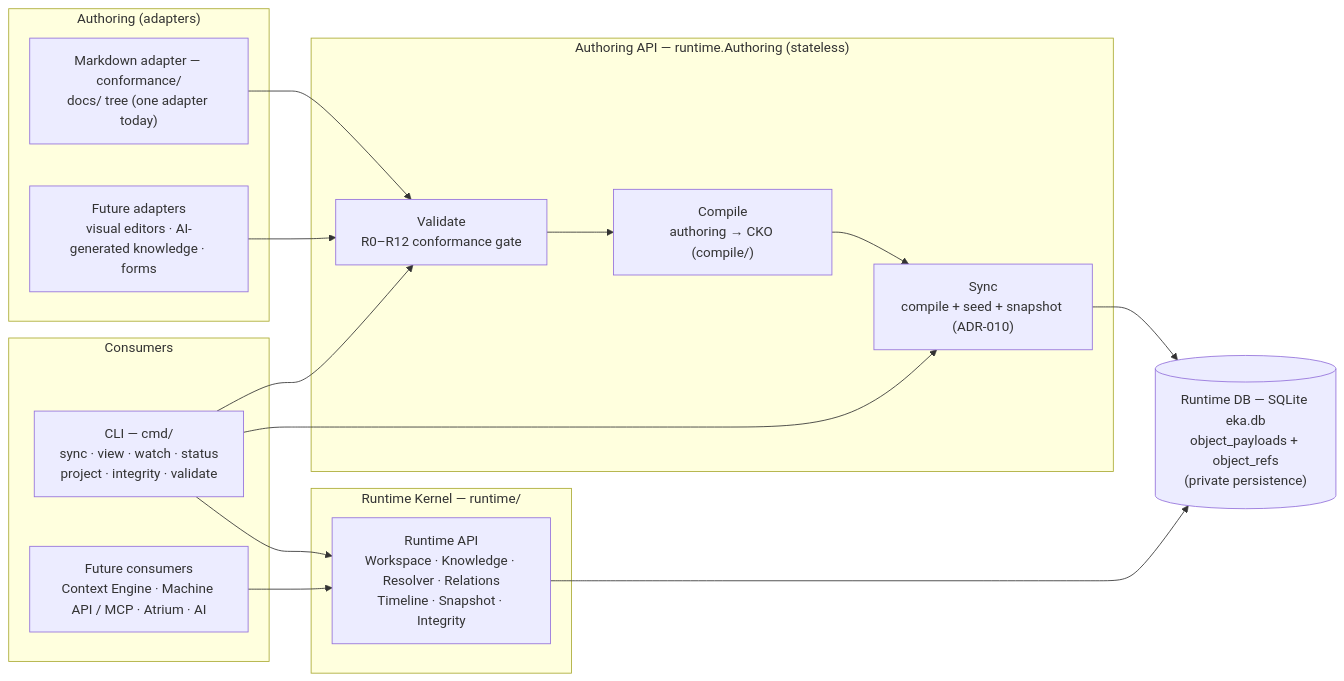
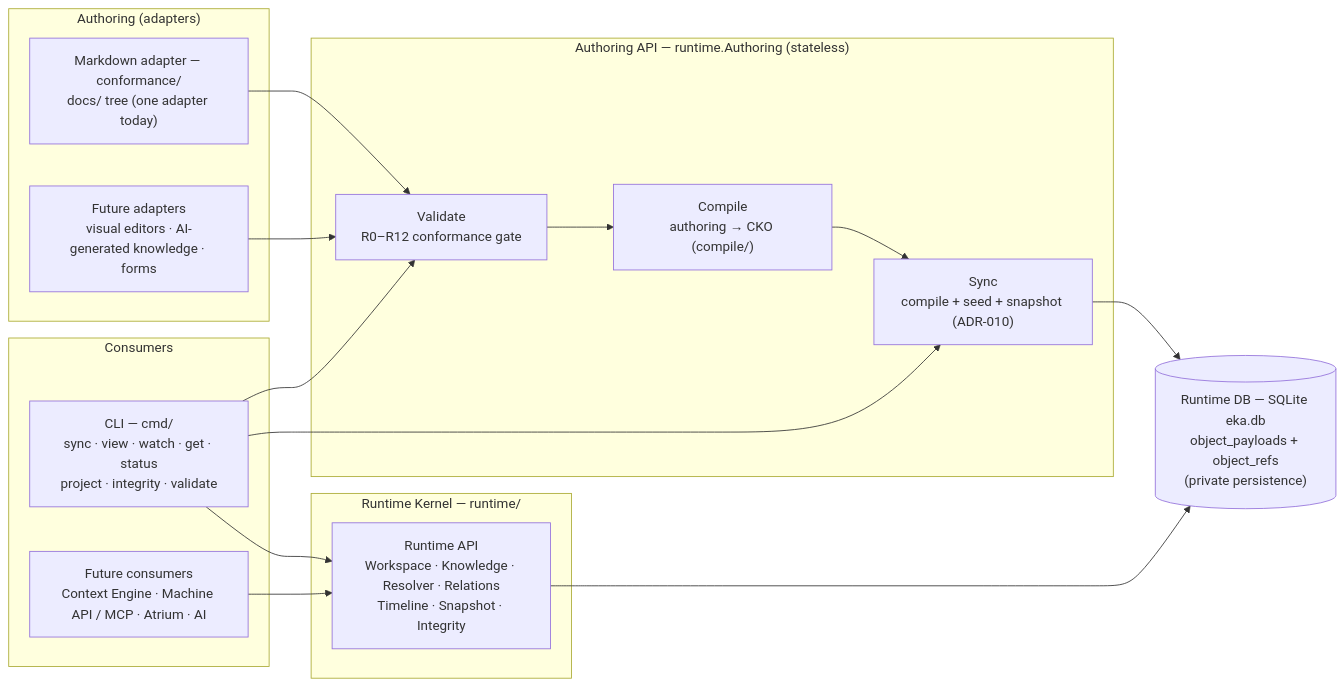
Before and after one commit to maleolabs/engineering-knowledge-architecture: the diagram in reference/runtime-api.md, drawn with Mermaid. The commit also changed other lines of this file and 15 other files, not shown here.

````diff
--- a/reference/runtime-api.md
+++ b/reference/runtime-api.md
@@ -24,30 +24,30 @@
 ```mermaid
 flowchart LR
   subgraph AUTH["Authoring (adapters)"]
     MD["Markdown adapter — conformance/\ndocs/ tree (one adapter today)"]
     FA["Future adapters\nvisual editors · AI-generated knowledge · forms"]
   end
   subgraph API["Authoring API — runtime.Authoring (stateless)"]
     V["Validate\nR0–R12 conformance gate"]
     C["Compile\nauthoring → CKO (compile/)"]
     S["Sync\ncompile + seed + snapshot (ADR-010)"]
   end
   subgraph KERN["Runtime Kernel — runtime/"]
     RUN["Runtime API\nWorkspace · Knowledge · Resolver · Relations\nTimeline · Snapshot · Integrity"]
   end
   subgraph CONS["Consumers"]
-    CLI["CLI — cmd/\nsync · view · watch · status\nproject · integrity · validate"]
+    CLI["CLI — cmd/\nsync · view · watch · get · status\nproject · integrity · validate"]
     FUT["Future consumers\nContext Engine · Machine API / MCP · Atrium · AI"]
   end
   DB[("Runtime DB — SQLite eka.db\nobject_payloads + object_refs\n(private persistence)")]
   MD --> V
   FA --> V
   V --> C
   C --> S
   S --> DB
   RUN --> DB
   CLI --> V
   CLI --> S
   CLI --> RUN
   FUT --> RUN
 ```
````
